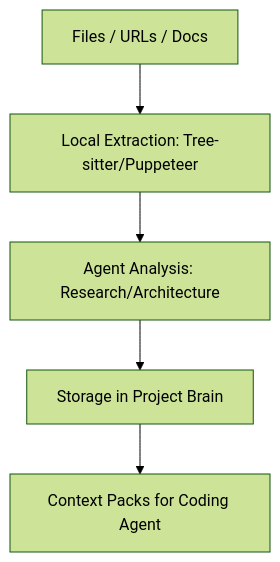
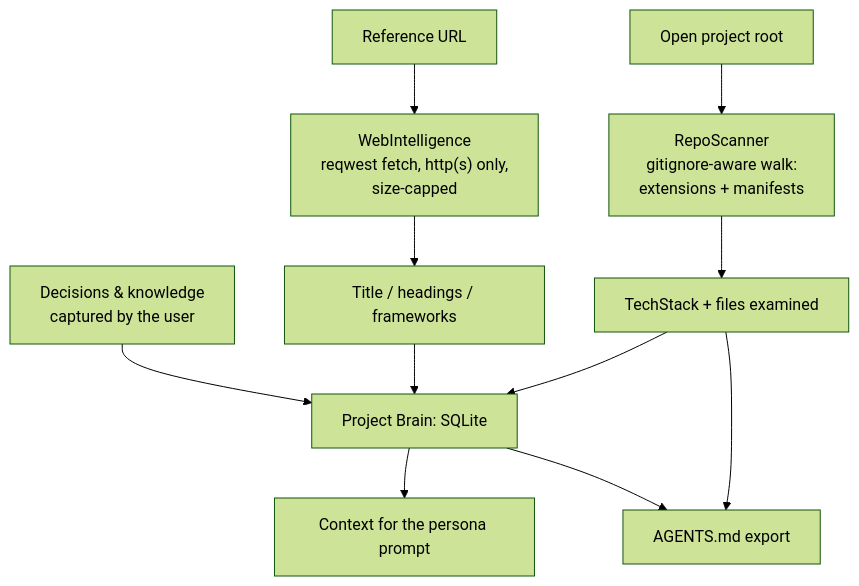
Before and after one commit to Emerald-dev0/Blueprint: the second of 3 diagrams in ARCHITECTURE.md, drawn with Mermaid (forest theme). The commit also changed other lines of this file and 9 other files, not shown here.

````diff
--- a/ARCHITECTURE.md
+++ b/ARCHITECTURE.md
@@ -56,7 +61,13 @@
 ```mermaid
 graph TD
-    Input[Files / URLs / Docs] --> Extraction[Local Extraction: Tree-sitter/Puppeteer]
-    Extraction --> Analysis[Agent Analysis: Research/Architecture]
-    Analysis --> Memory[Storage in Project Brain]
-    Memory --> Context[Context Packs for Coding Agent]
+    Repo[Open project root] --> Scan["RepoScanner<br/>gitignore-aware walk:<br/>extensions + manifests"]
+    Scan --> Stack[TechStack + files examined]
+    Site[Reference URL] --> Web["WebIntelligence<br/>reqwest fetch, http(s) only,<br/>size-capped"]
+    Web --> Patterns[Title / headings / frameworks]
+    Stack --> Memory[Project Brain: SQLite]
+    Patterns --> Memory
+    Human[Decisions & knowledge<br/>captured by the user] --> Memory
+    Memory --> Context[Context for the persona prompt]
+    Stack --> Export[AGENTS.md export]
+    Memory --> Export
 ```
````
